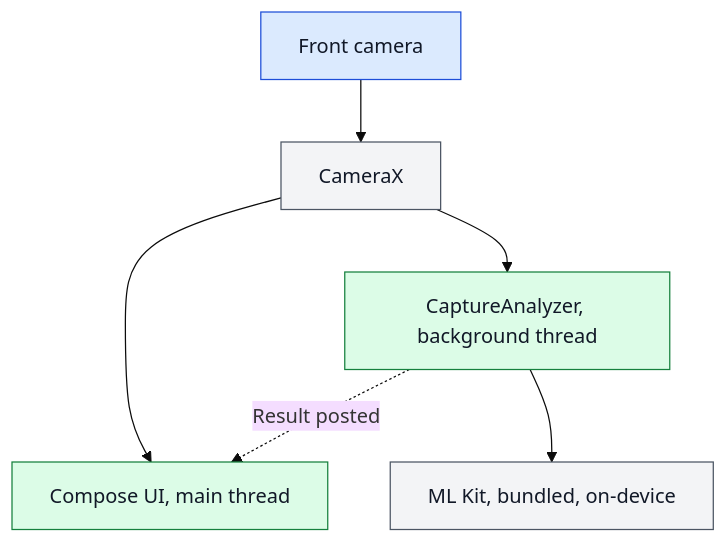
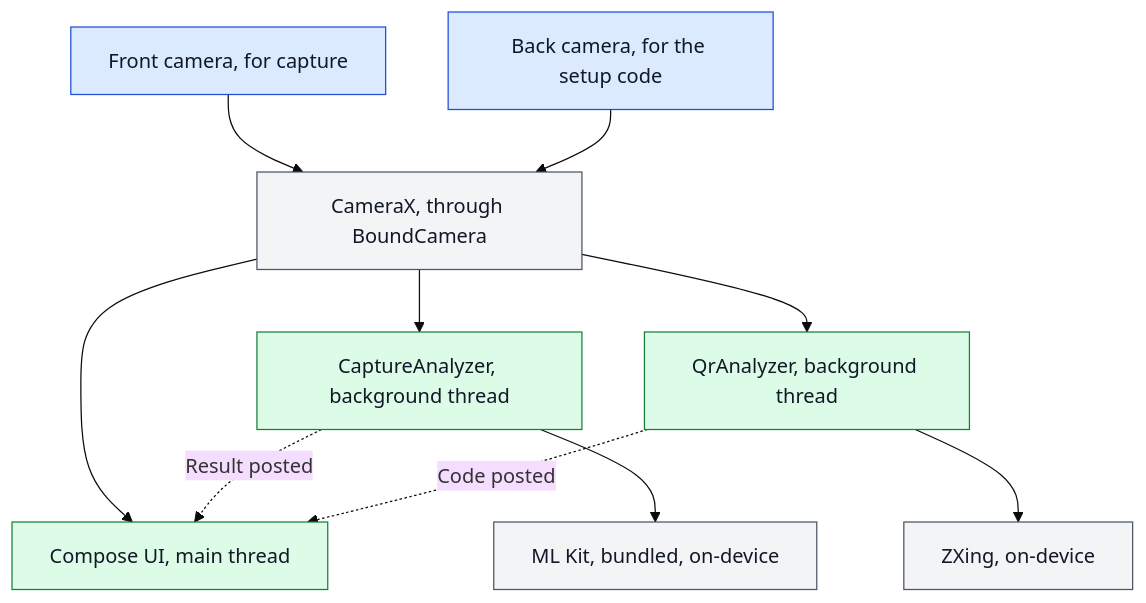
One commit to hamza-aziz-ai/Face-Dataset-Collector changed the first of 2 diagrams in docs/ARCHITECTURE.md. Above: the diagram before and after it, drawn with Mermaid (base theme). The commit also changed other lines of this file, not shown here.

Commit message:
docs: bring ARCHITECTURE up to date [skip ci]

````diff
--- a/docs/ARCHITECTURE.md
+++ b/docs/ARCHITECTURE.md
@@ -38,11 +38,15 @@
 ```mermaid
 flowchart TD
     classDef way fill:#dbeafe,stroke:#1d4ed8,color:#111827
     classDef step fill:#dcfce7,stroke:#15803d,color:#111827
     classDef outside fill:#f3f4f6,stroke:#4b5563,color:#111827
-    A["`Front camera`"]:::way --> B["`CameraX`"]:::outside
+    A["`Front camera, for capture`"]:::way --> B["`CameraX, through BoundCamera`"]:::outside
+    F["`Back camera, for the setup code`"]:::way --> B
     B --> C["`Compose UI, main thread`"]:::step
     B --> D["`CaptureAnalyzer, background thread`"]:::step
+    B --> G["`QrAnalyzer, background thread`"]:::step
     D --> E["`ML Kit, bundled, on-device`"]:::outside
+    G --> H["`ZXing, on-device`"]:::outside
     D -.->|Result posted| C
+    G -.->|Code posted| C
 ```
````
